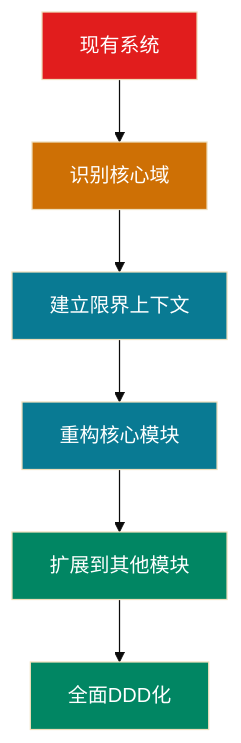
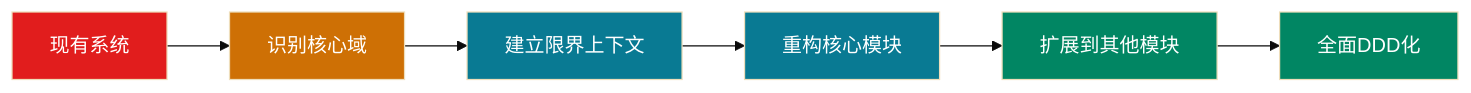
Before and after one commit to microwind/design-patterns: diagram 33 of 37 in domain-driven-design/一文搞懂AI时代DDD领域驱动设计.md, drawn with Mermaid. The commit also changed other lines of this file and 1 other file, not shown here.

Commit message:
update DI图

````diff
--- a/domain-driven-design/一文搞懂AI时代DDD领域驱动设计.md
+++ b/domain-driven-design/一文搞懂AI时代DDD领域驱动设计.md
@@ -3278,16 +3303,16 @@
 ```mermaid
 %%{init: {'theme': 'base', 'themeVariables': { 'sectionBkgColor': '#f1f1f1', 'altSectionBkgColor': '#f1f1f1', 'gridColor': '#e9ecef'}}}%%
-flowchart TD
+flowchart LR
     A[现有系统] --> B[识别核心域]
     B --> C[建立限界上下文]
     C --> D[重构核心模块]
     D --> E[扩展到其他模块]
     E --> F[全面DDD化]
     
     style A fill:#E11D1D,color:#ffffff
     style B fill:#CE7005,color:#FFFFFF
     style C fill:#097A93,color:#ffffff
     style D fill:#097A93,color:#ffffff
     style E fill:#018663,color:#ffffff
     style F fill:#018663,color:#ffffff
 ```
````
